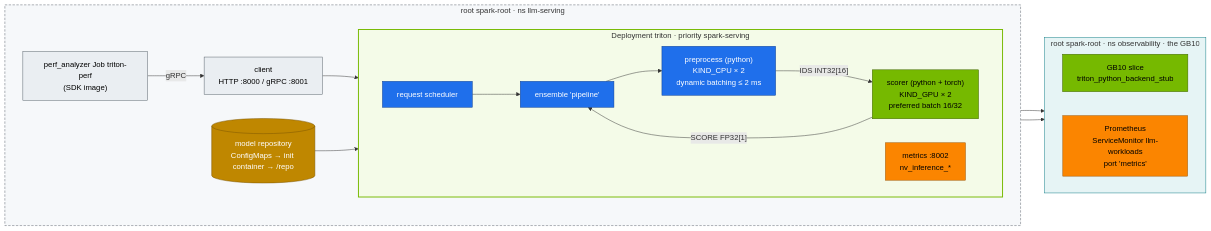
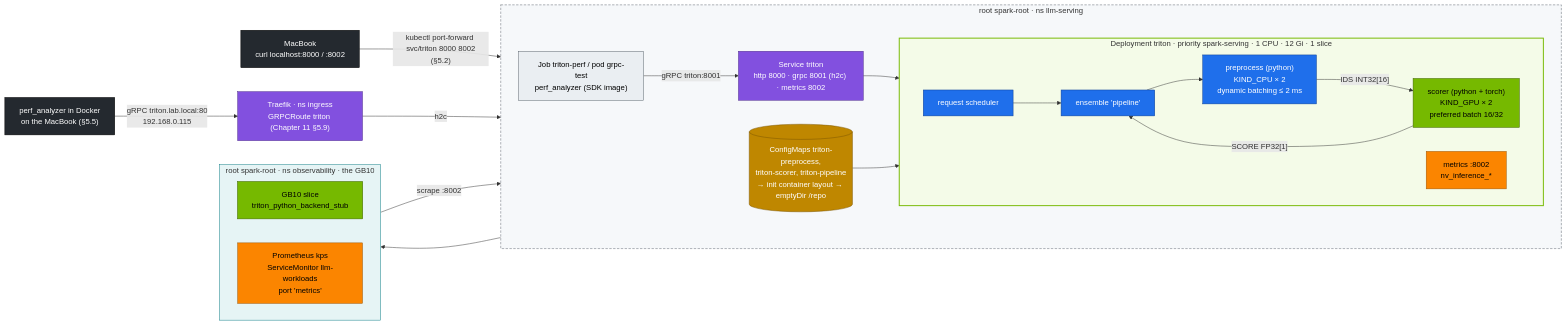
Before and after one commit to cloudone365/technical-depth: the first of 2 diagrams in 02-Kubernetes/21-nvidia-triton-inference-server.md, drawn with Mermaid. The commit also changed other lines of this file and 91 other files, not shown here.

First line of the commit message:
Docs audit 01-04: fix mistakes found against the lab files; step-by-step flows

````diff
--- a/02-Kubernetes/21-nvidia-triton-inference-server.md
+++ b/02-Kubernetes/21-nvidia-triton-inference-server.md
@@ -34,37 +34,45 @@
 ```mermaid
 flowchart LR
-  C["client<br/>HTTP :8000 / gRPC :8001"] --> SCHED
+  MAC["MacBook<br/>curl localhost:8000 / :8002"] -->|"kubectl port-forward svc/triton 8000 8002<br/>(§5.2)"| SVC
+  DOCK["perf_analyzer in Docker<br/>on the MacBook (§5.5)"] -->|"gRPC triton.lab.local:80<br/>192.168.0.115"| TR
   subgraph LLMS["root spark-root · ns llm-serving"]
     direction LR
-    subgraph TRITON["Deployment triton · priority spark-serving"]
+    SVC["Service triton<br/>http 8000 · grpc 8001 (h2c) · metrics 8002"]
+    PA["Job triton-perf / pod grpc-test<br/>perf_analyzer (SDK image)"] -->|"gRPC triton:8001"| SVC
+    subgraph TRITON["Deployment triton · priority spark-serving · 1 CPU · 12 Gi · 1 slice"]
       direction LR
       SCHED["request scheduler"] --> ENS["ensemble 'pipeline'"]
       ENS --> P["preprocess (python)<br/>KIND_CPU × 2<br/>dynamic batching ≤ 2 ms"]
       P -->|"IDS INT32[16]"| S["scorer (python + torch)<br/>KIND_GPU × 2<br/>preferred batch 16/32"]
       S -->|"SCORE FP32[1]"| ENS
       MET["metrics :8002<br/>nv_inference_*"]
     end
-    REPO[("model repository<br/>ConfigMaps → init container → /repo")] --> TRITON
-    PA["perf_analyzer Job triton-perf<br/>(SDK image)"] -->|gRPC| C
+    SVC --> SCHED
+    REPO[("ConfigMaps triton-preprocess,<br/>triton-scorer, triton-pipeline<br/>→ init container layout → emptyDir /repo")] --> TRITON
   end
+  TR["Traefik · ns ingress<br/>GRPCRoute triton (Chapter 11 §5.9)"] -->|"h2c"| SVC
   subgraph ROOT["root spark-root · ns observability · the GB10"]
     direction LR
     GPU["GB10 slice<br/>triton_python_backend_stub"]
-    PROM["Prometheus<br/>ServiceMonitor llm-workloads<br/>port 'metrics'"]
+    PROM["Prometheus kps<br/>ServiceMonitor llm-workloads<br/>port 'metrics'"]
   end
   S --> GPU
-  MET --> PROM
+  PROM -->|"scrape :8002"| MET
   classDef gpu fill:#76b900,stroke:#3d6000,color:#000
   classDef ctrl fill:#1f6feb,stroke:#0b3d91,color:#fff
+  classDef net fill:#8250df,stroke:#4c2889,color:#fff
   classDef store fill:#bf8700,stroke:#7a5600,color:#fff
   classDef obs fill:#fb8500,stroke:#9a5200,color:#000
+  classDef ext fill:#24292f,stroke:#000,color:#fff
   classDef tenant fill:#eaeef2,stroke:#57606a,color:#000
   class S,GPU gpu
   class SCHED,ENS,P ctrl
+  class SVC,TR net
   class REPO store
   class MET,PROM obs
-  class C,PA tenant
+  class MAC,DOCK ext
+  class PA tenant
   style TRITON fill:#f4fbe8,stroke:#76b900,stroke-width:2px
   style LLMS fill:#f6f8fa,stroke:#57606a,stroke-dasharray:5 3
   style ROOT fill:#e6f4f5,stroke:#0e7c86
 ```
````
